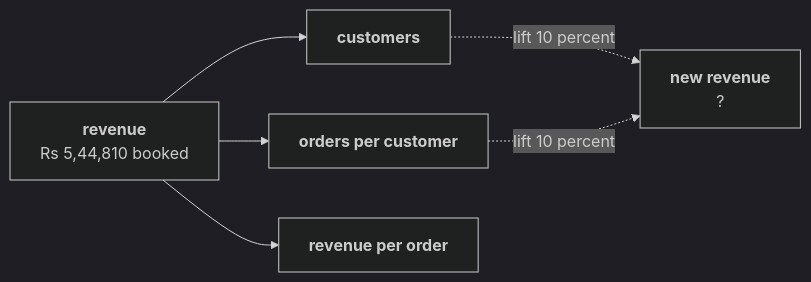
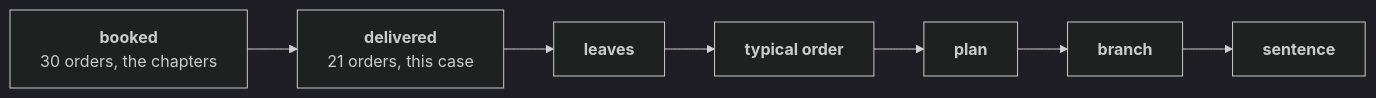
The diagram in content/W01/D1/exercises/unguided/C2_W01_D01_escalated_case_STUDENT.md (fde-academy-lab/c2-content-factory), drawn with Mermaid (dark theme) before and after one commit. The commit also changed other lines of this file and 21 other files, not shown here.

First line of the commit message:
W01 D1 exercises: one scenario set per chapter with design items, the escalated case on the delivered definition, references moved to the chapters

````diff
--- a/content/W01/D1/exercises/unguided/C2_W01_D01_escalated_case_STUDENT.md
+++ b/content/W01/D1/exercises/unguided/C2_W01_D01_escalated_case_STUDENT.md
@@ -23,8 +25,5 @@
 ```mermaid
 flowchart LR
-    R["<b>revenue</b><br/>Rs 5,44,810 booked"] --> C["<b>customers</b>"]
-    R --> F["<b>orders per customer</b>"]
-    R --> V["<b>revenue per order</b>"]
-    C -. "lift 10 percent" .-> X["<b>new revenue</b><br/>?"]
-    F -. "lift 10 percent" .-> X
+    B["<b>booked</b><br/>30 orders, the chapters"] --> D["<b>delivered</b><br/>21 orders, this case"]
+    D --> L["<b>leaves</b>"] --> T["<b>typical order</b>"] --> P["<b>plan</b>"] --> R["<b>branch</b>"] --> S["<b>sentence</b>"]
 ```
````
